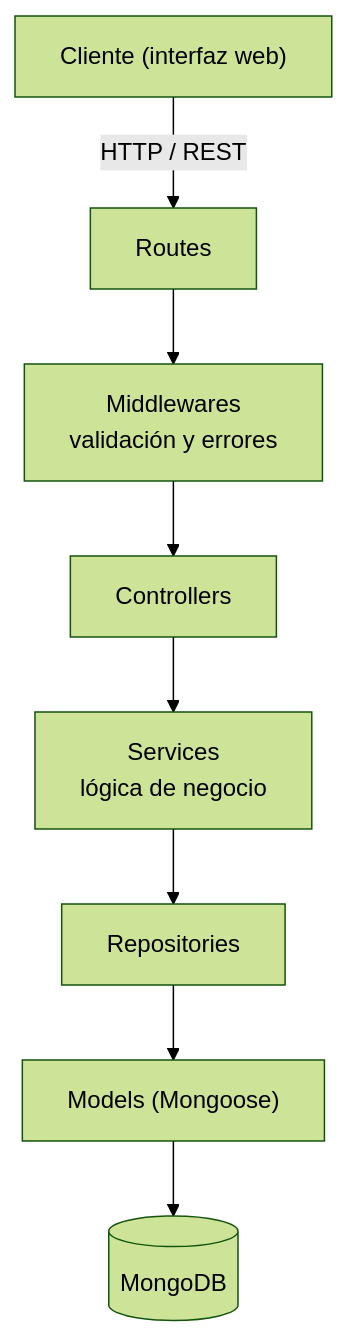
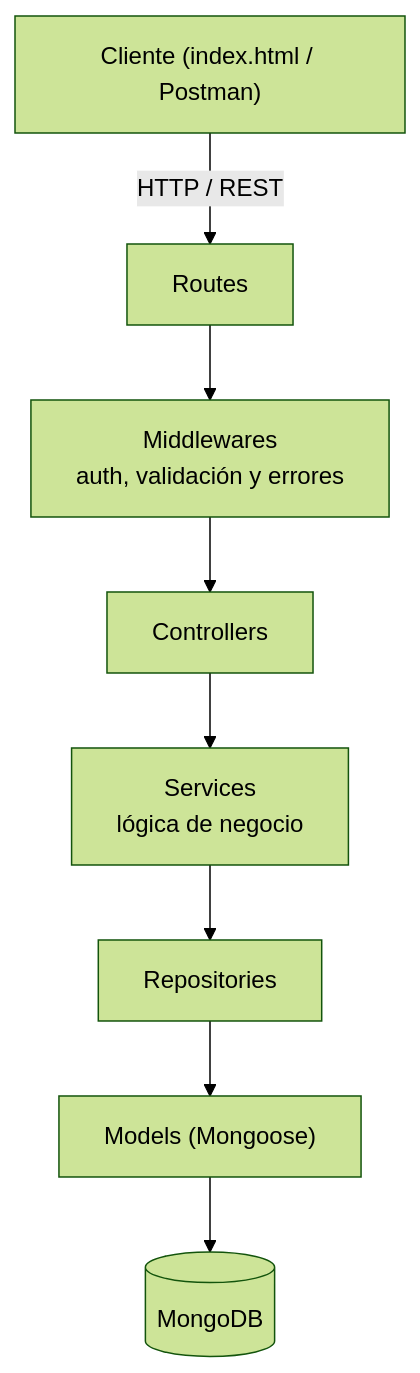
One commit to FabXix/TurnHub changed the diagram in README.md. Above: the diagram before and after it, drawn with Mermaid (forest theme). The commit also changed other lines of this file and 33 other files, not shown here.

````diff
--- a/README.md
+++ b/README.md
@@ -26,10 +33,10 @@
 ```mermaid
 flowchart TB
-    CLIENTE["Cliente (interfaz web)"] -->|"HTTP / REST"| ROUTES["Routes"]
-    ROUTES --> MW["Middlewares<br/>validación y errores"]
+    CLIENTE["Cliente (index.html / Postman)"] -->|"HTTP / REST"| ROUTES["Routes"]
+    ROUTES --> MW["Middlewares<br/>auth, validación y errores"]
     MW --> CTRL["Controllers"]
     CTRL --> SVC["Services<br/>lógica de negocio"]
     SVC --> REPO["Repositories"]
     REPO --> MODELS["Models (Mongoose)"]
     MODELS --> DB[("MongoDB")]
 ```
````
